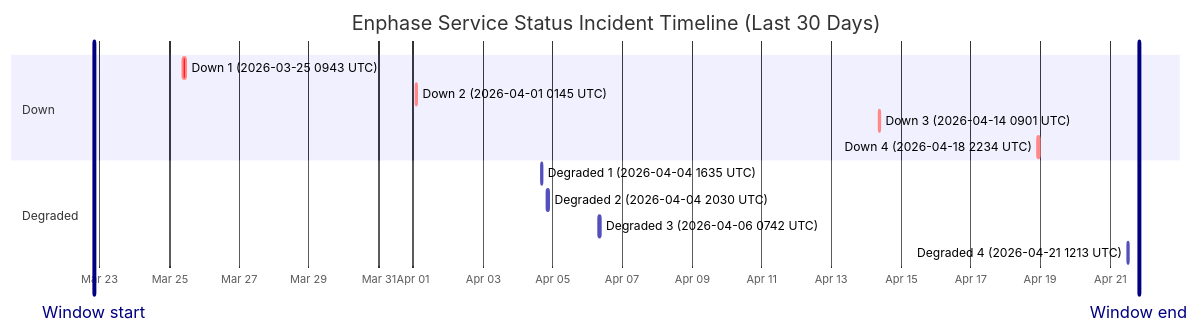
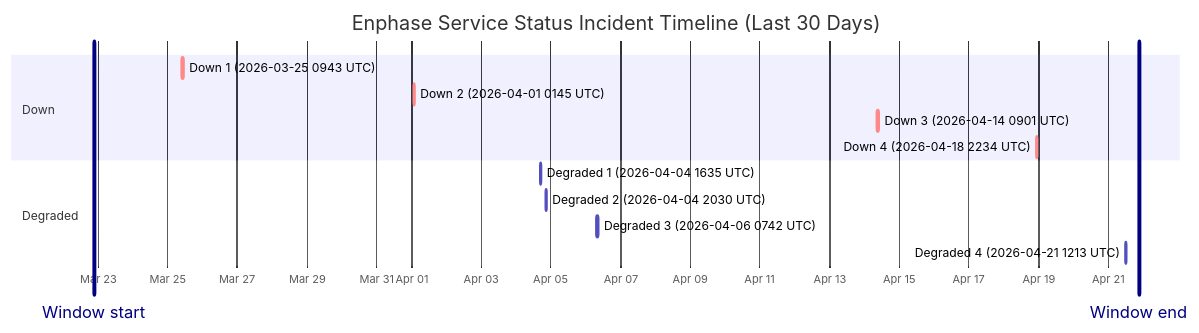
Before and after one commit to barneyonline/ha-enphase-ev-charger: the diagram in wiki/Service-Status-History.md, drawn with Mermaid. The commit also changed other lines of this file and 3 other files, not shown here.

````diff
--- a/wiki/Service-Status-History.md
+++ b/wiki/Service-Status-History.md
@@ -14,18 +14,18 @@
 ```mermaid
 gantt
     title Enphase Service Status Incident Timeline (Last 30 Days)
     dateFormat  YYYY-MM-DDTHH:mm:ss
     axisFormat  %b %d
-    Window start :vert, window-start, 2026-03-22T20:02:27, 0ms
-    Window end :vert, window-end, 2026-04-21T20:02:27, 0ms
+    Window start :vert, window-start, 2026-03-22T21:10:54, 0ms
+    Window end :vert, window-end, 2026-04-21T21:10:54, 0ms
     section Down
     Down 1 (2026-03-25 0943 UTC) :crit, down-1, 2026-03-25T09:43:28, 111m
     Down 2 (2026-04-01 0145 UTC) :crit, down-2, 2026-04-01T01:45:09, 60m
     Down 3 (2026-04-14 0901 UTC) :crit, down-3, 2026-04-14T09:01:13, 60m
     Down 4 (2026-04-18 2234 UTC) :crit, down-4, 2026-04-18T22:34:13, 60m
     section Degraded
     Degraded 1 (2026-04-04 1635 UTC) :active, degraded-1, 2026-04-04T16:35:17, 60m
     Degraded 2 (2026-04-04 2030 UTC) :active, degraded-2, 2026-04-04T20:30:40, 60m
     Degraded 3 (2026-04-06 0742 UTC) :active, degraded-3, 2026-04-06T07:42:09, 85m
     Degraded 4 (2026-04-21 1213 UTC) :active, degraded-4, 2026-04-21T12:13:11, 60m
 ```
````
